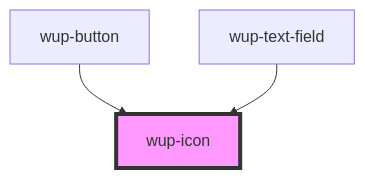
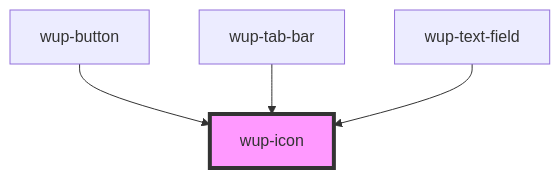
Before and after one commit to smeup/ketchup: the diagram in packages/ketchup/src/components/wup-icon/readme.md, drawn with Mermaid. The commit also changed other lines of this file and 6 other files, not shown here.

````diff
--- a/packages/ketchup/src/components/wup-icon/readme.md
+++ b/packages/ketchup/src/components/wup-icon/readme.md
@@ -27,6 +28,7 @@
 ```mermaid
 graph TD;
   wup-button --> wup-icon
+  wup-tab-bar --> wup-icon
   wup-text-field --> wup-icon
   style wup-icon fill:#f9f,stroke:#333,stroke-width:4px
 ```
````
